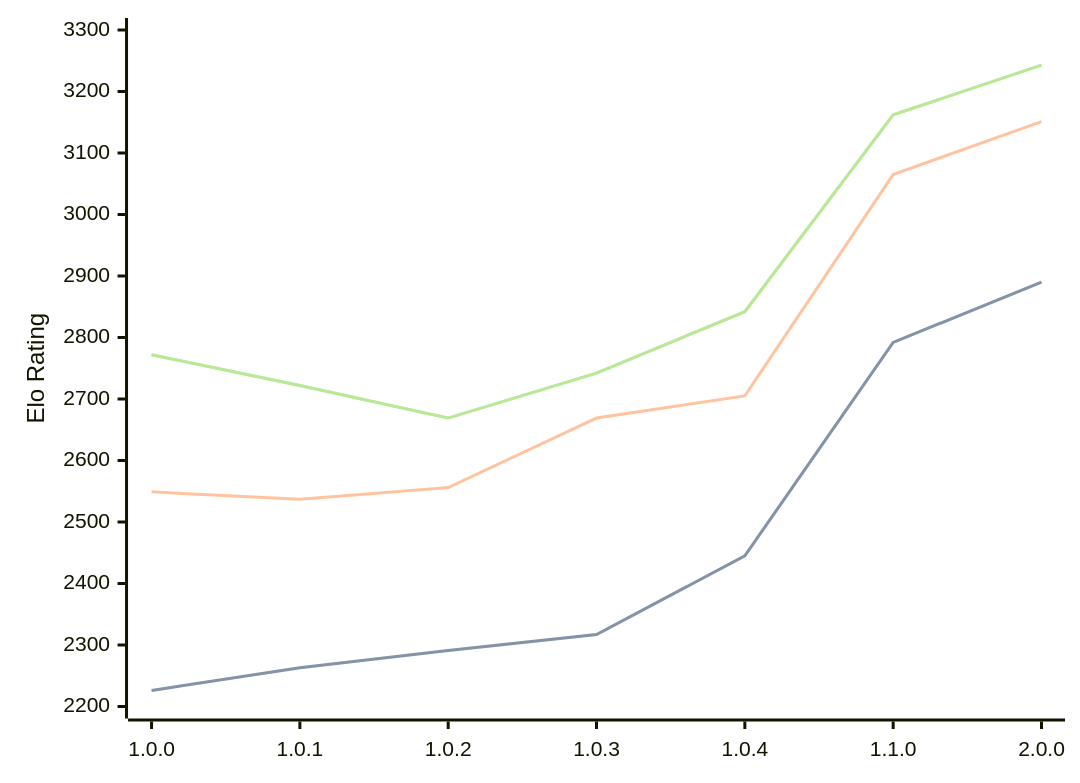
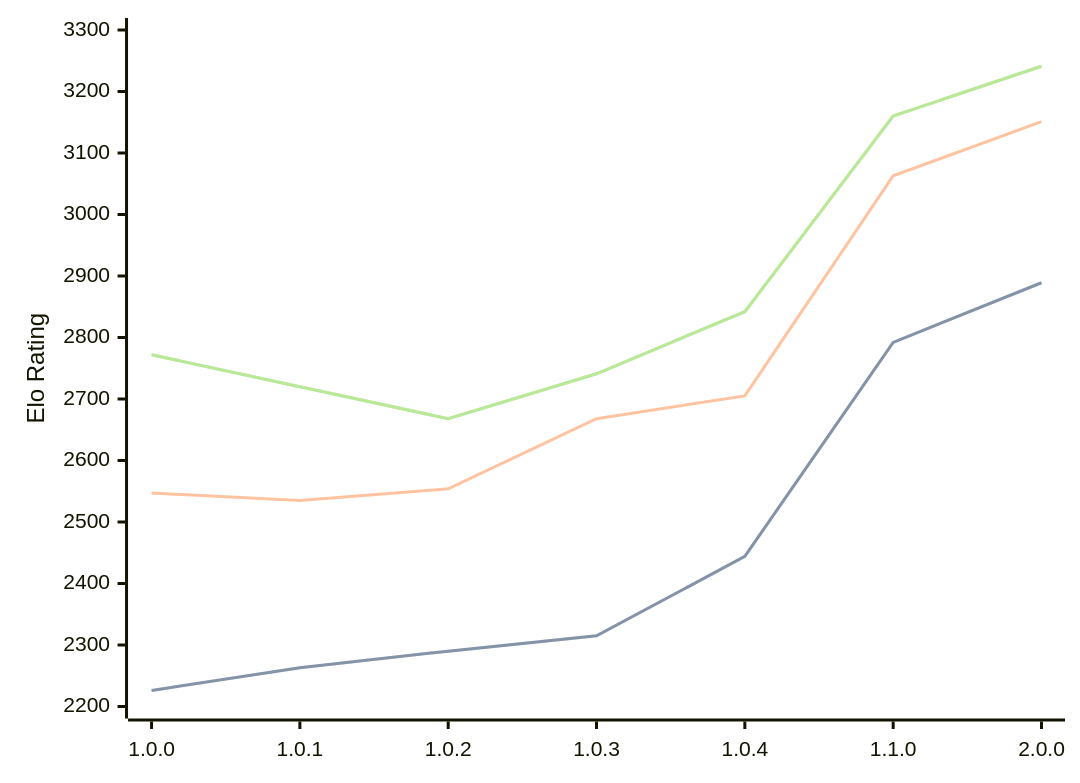
Before and after one commit to computer-chess-index/cci: the diagram in engines/Grail.md, drawn with Mermaid. The commit also changed other lines of this file, not shown here.

Commit message:
Update CCI Ratings (ELO VLTC) - 2026-06-10

````diff
--- a/engines/Grail.md
+++ b/engines/Grail.md
@@ -37,11 +37,11 @@
 ```mermaid
 %%{init: {"theme":"base","themeVariables":{"seriesColors:['#a3a3a3','#222221','#faa371']}}}%%
 xychart-beta
   x-axis ["1.0.0", "1.0.1", "1.0.2", "1.0.3", "1.0.4", "1.1.0", "2.0.0"]
   y-axis "Elo Rating" 2200 --> 3300
-  line "STC (8.0+0.08s)" [2226, 2263, 2291, 2317, 2445, 2792, 2890]
-  line "STC (8.0+0.08s)" [2226, 2263, 2291, 2317, 2445, 2792, 2890]
-  line "LTC (60.0+0.60s)" [2549, 2537, 2556, 2669, 2705, 3065, 3151]
-  line "VLTC (2m24s+1.12s)" [2772, 2722, 2669, 2742, 2842, 3162, 3243]
-  line "VLTC (2m24s+1.12s)" [2772, 2722, 2669, 2742, 2842, 3162, 3243]
+  line "STC (8.0+0.08s)" [2226, 2263, 2290, 2315, 2444, 2792, 2889]
+  line "STC (8.0+0.08s)" [2226, 2263, 2290, 2315, 2444, 2792, 2889]
+  line "LTC (60.0+0.60s)" [2547, 2535, 2554, 2668, 2705, 3063, 3151]
+  line "VLTC (2m24s+1.12s)" [2772, 2720, 2668, 2741, 2842, 3160, 3241]
+  line "VLTC (2m24s+1.12s)" [2772, 2720, 2668, 2741, 2842, 3160, 3241]
 ```
````
